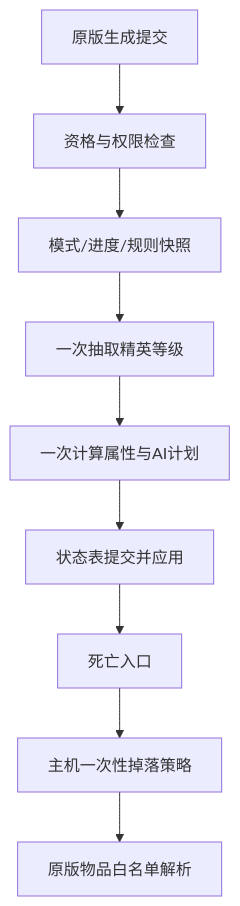
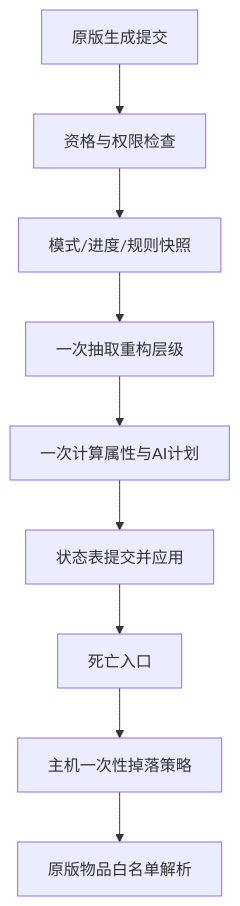
Before and after one commit to 1239605485/Origin-Rewrite: the diagram in README.md, drawn with Mermaid. The commit also changed other lines of this file and 6 other files, not shown here.

````diff
--- a/README.md
+++ b/README.md
@@ -42,11 +44,11 @@
 ```mermaid
 flowchart TD
     A[原版生成提交] --> B[资格与权限检查]
     B --> C[模式/进度/规则快照]
-    C --> D[一次抽取精英等级]
+    C --> D[一次抽取重构层级]
     D --> E[一次计算属性与AI计划]
     E --> F[状态表提交并应用]
     F --> G[死亡入口]
     G --> H[主机一次性掉落策略]
     H --> I[原版物品白名单解析]
 ```
````
